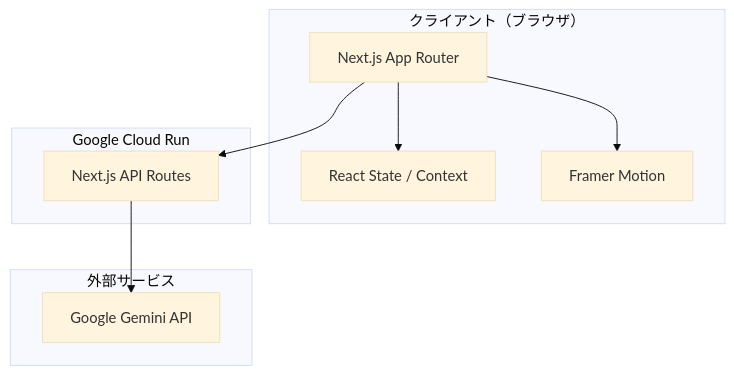
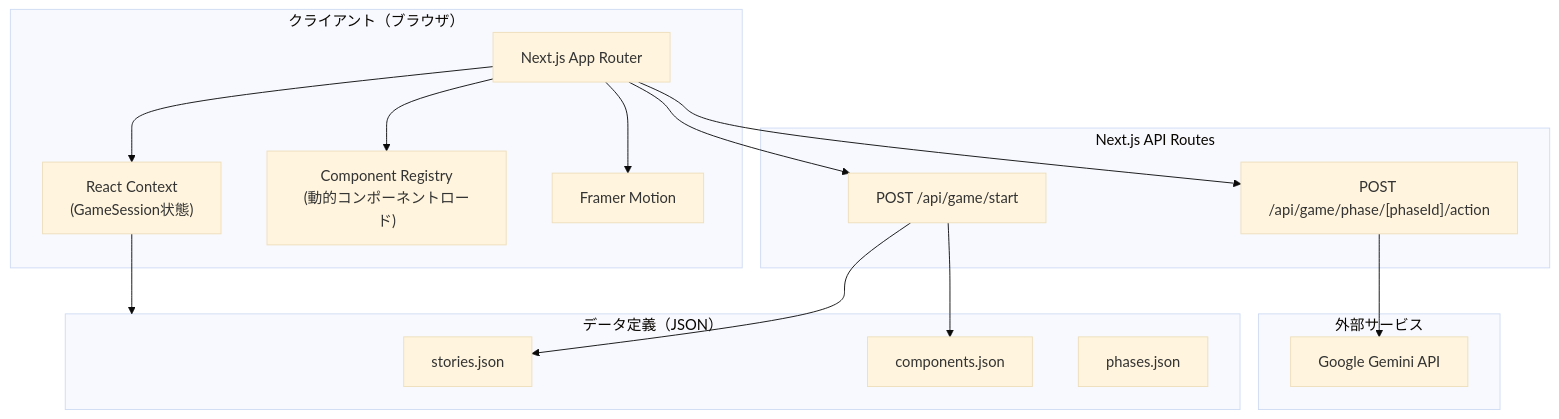
Before and after one commit to Ai0202/cyber-security-game: the diagram in docs/architecture.md, drawn with Mermaid (base theme). The commit also changed other lines of this file and 5 other files, not shown here.

````diff
--- a/docs/architecture.md
+++ b/docs/architecture.md
@@ -5,21 +5,34 @@
 ```mermaid
 graph TB
     subgraph Client["クライアント（ブラウザ）"]
-        NextJS["Next.js App Router"]
-        State["React State / Context"]
+        Pages["Next.js App Router"]
+        Context["React Context<br/>(GameSession状態)"]
+        Registry["Component Registry<br/>(動的コンポーネントロード)"]
         FM["Framer Motion"]
     end
 
-    subgraph CloudRun["Google Cloud Run"]
-        API["Next.js API Routes"]
+    subgraph Data["データ定義（JSON）"]
+        Stories["stories.json"]
+        Components["components.json"]
+        Phases["phases.json"]
+    end
+
+    subgraph Server["Next.js API Routes"]
+        StartAPI["POST /api/game/start"]
+        PhaseAPI["POST /api/game/phase/[phaseId]/action"]
     end
 
     subgraph External["外部サービス"]
         Gemini["Google Gemini API"]
     end
 
-    NextJS --> State
-    NextJS --> FM
-    NextJS --> API
-    API --> Gemini
+    Pages --> Context
+    Pages --> Registry
+    Pages --> FM
+    Context --> Data
+    Pages --> StartAPI
+    Pages --> PhaseAPI
+    StartAPI --> Stories
+    StartAPI --> Components
+    PhaseAPI --> Gemini
 ```
````
